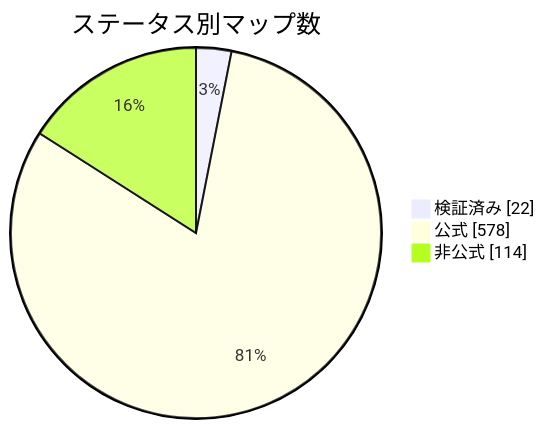
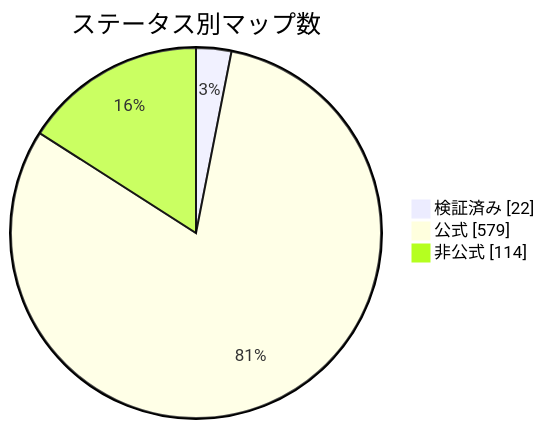
The diagram in docs/readme/README_JP.md (nobrega8/mbmap-library), drawn with Mermaid before and after one commit. The commit also changed 6 other files, not shown here.

````diff
--- a/docs/readme/README_JP.md
+++ b/docs/readme/README_JP.md
@@ -54,7 +54,7 @@
 ```mermaid
 pie showData
     title ステータス別マップ数
     "検証済み" : 22
-    "公式" : 578
+    "公式" : 579
     "非公式" : 114
 ```
````
